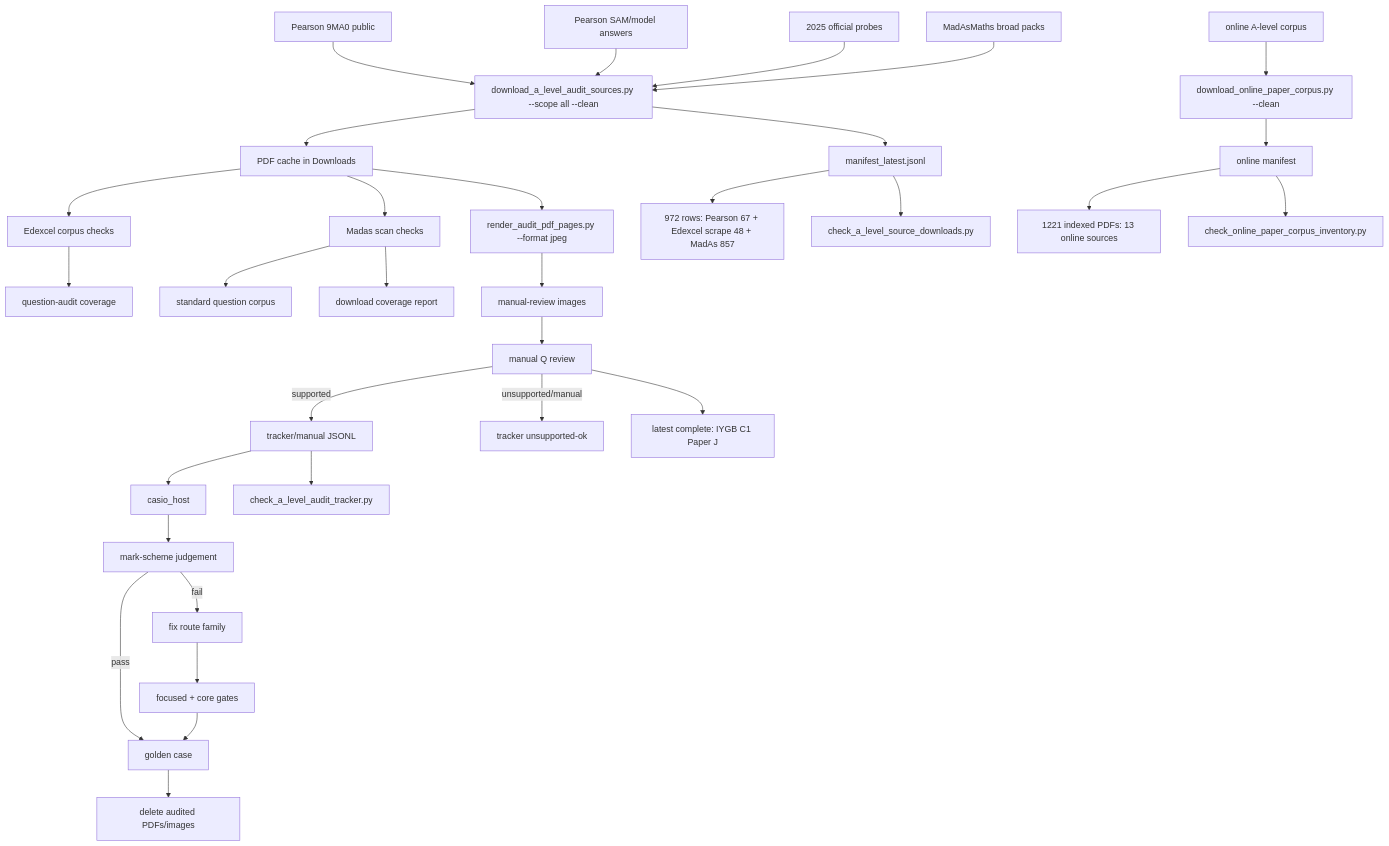
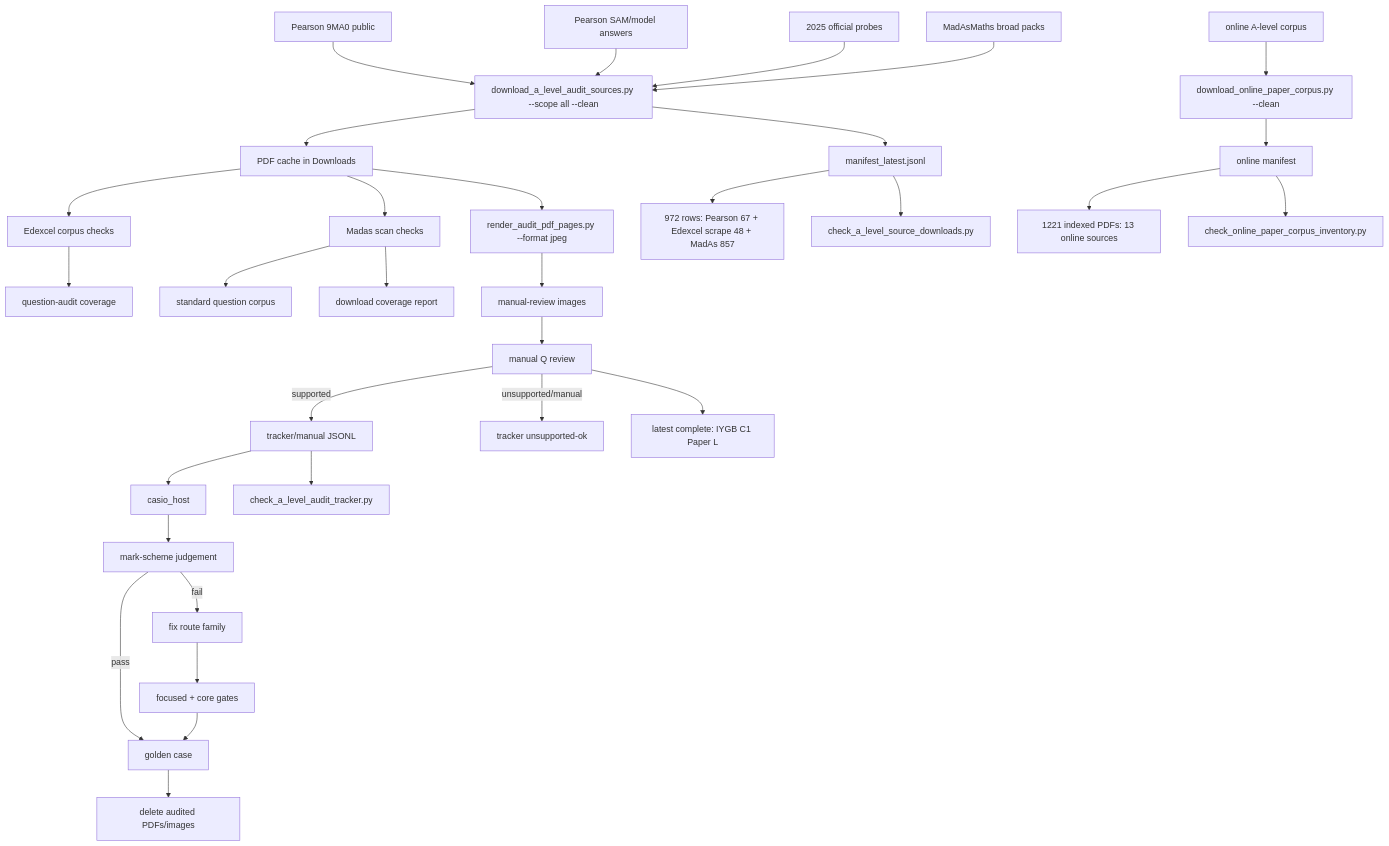
Before and after one commit to james8464/notes-addin-casio-fx-cg50: the diagram in c++/tools/golden/a_level_audit_graph.md, drawn with Mermaid. The commit also changed other lines of this file and 2 other files, not shown here.

Commit message:
Audit IYGB C1 Paper L

````diff
--- a/c++/tools/golden/a_level_audit_graph.md
+++ b/c++/tools/golden/a_level_audit_graph.md
@@ -3,34 +3,34 @@
 ```mermaid
 graph TD
   E1["Pearson 9MA0 public"] --> D["download_a_level_audit_sources.py --scope all --clean"]
   E2["Pearson SAM/model answers"] --> D
   E3["2025 official probes"] --> D
   M1["MadAsMaths broad packs"] --> D
   O1["online A-level corpus"] --> OD["download_online_paper_corpus.py --clean"]
   D --> P["PDF cache in Downloads"]
   D --> X["manifest_latest.jsonl"]
   OD --> OX["online manifest"]
   X --> XC["972 rows: Pearson 67 + Edexcel scrape 48 + MadAs 857"]
   OX --> OC["1221 indexed PDFs: 13 online sources"]
   X --> V["check_a_level_source_downloads.py"]
   OX --> OV["check_online_paper_corpus_inventory.py"]
   P --> E["Edexcel corpus checks"]
   E --> EQ["question-audit coverage"]
   P --> S["Madas scan checks"]
   S --> M["standard question corpus"]
   S --> MC["download coverage report"]
   P --> R["render_audit_pdf_pages.py --format jpeg"]
   R --> I["manual-review images"]
   I --> Q["manual Q review"]
   Q -->|supported| J["tracker/manual JSONL"]
   Q -->|unsupported/manual| U["tracker unsupported-ok"]
   J --> H["casio_host"]
   J --> K["check_a_level_audit_tracker.py"]
   H --> C["mark-scheme judgement"]
   C -->|pass| G["golden case"]
   C -->|fail| F["fix route family"]
   F --> T["focused + core gates"]
   T --> G
   G --> Z["delete audited PDFs/images"]
-  Q --> Qt["latest complete: IYGB C1 Paper J"]
+  Q --> Qt["latest complete: IYGB C1 Paper L"]
 ```
````
